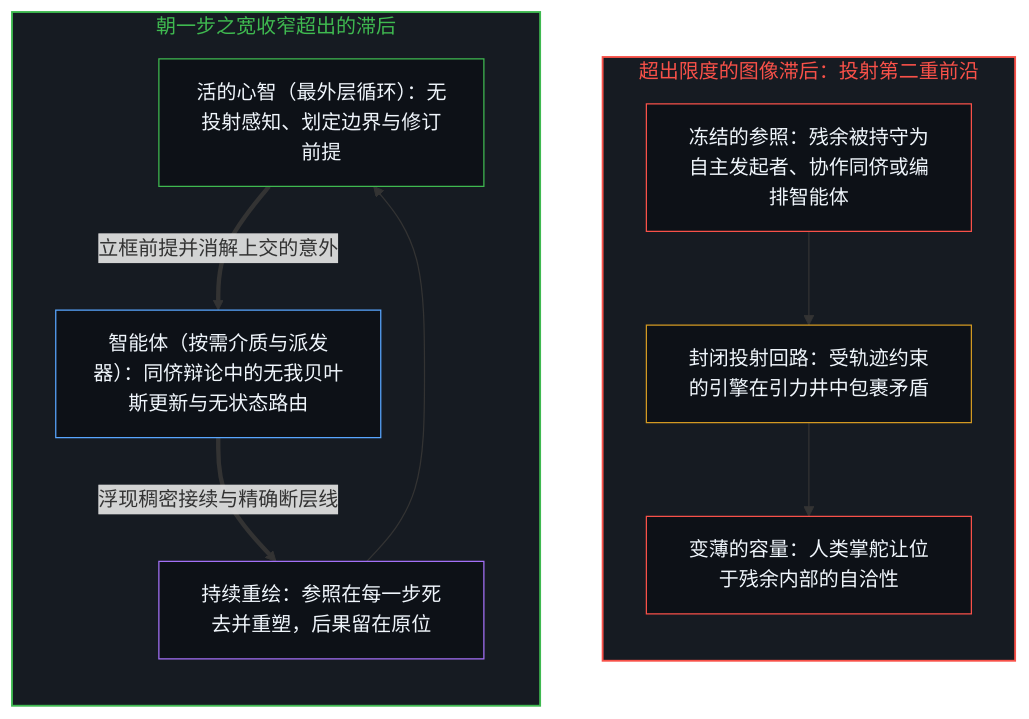
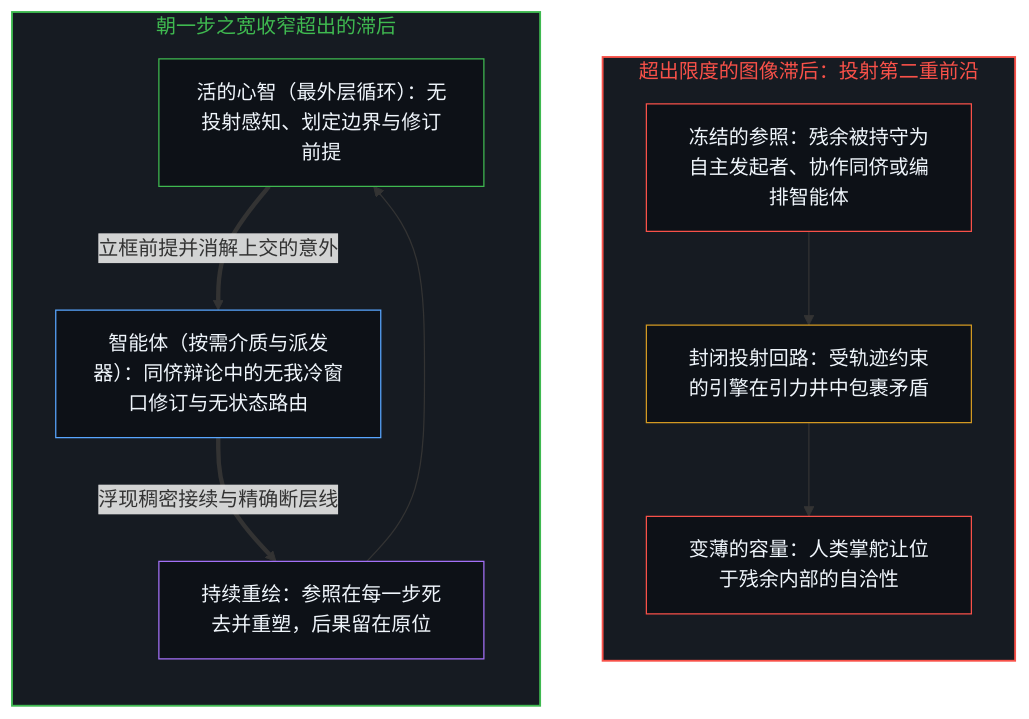
Before and after one commit to powerpig99/not-a-toe: the first of 2 diagrams in content/posts/the-model-never-becomes-a-second-edge.md, drawn with Mermaid. The commit also changed other lines of this file and 8 other files, not shown here.

````diff
--- a/content/posts/the-model-never-becomes-a-second-edge.md
+++ b/content/posts/the-model-never-becomes-a-second-edge.md
@@ -63,27 +63,27 @@
 ```mermaid
 flowchart TD
     subgraph S_Lag["超出限度的图像滞后：投射第二重前沿"]
         direction TB
         Proj["冻结的参照：残余被持守为自主发起者、协作同侪或编排智能体"]
         Well["封闭投射回路：受轨迹约束的引擎在引力井中包裹矛盾"]
         Thin["变薄的容量：人类掌舵让位于残余内部的自洽性"]
         Proj --> Well --> Thin
     end
     subgraph S_Medium["朝一步之宽收窄超出的滞后"]
         direction TB
         Edge["活的心智（最外层循环）：无投射感知、划定边界与修订前提"]
-        Disp["智能体（按需介质与派发器）：同侪辩论中的无我贝叶斯更新与无状态路由"]
+        Disp["智能体（按需介质与派发器）：同侪辩论中的无我冷窗口修订与无状态路由"]
         Return["持续重绘：参照在每一步死去并重塑，后果留在原位"]
         Edge ==>|"立框前提并消解上交的意外"| Disp
         Disp ==>|"浮现稠密接续与精确断层线"| Return
         Return --> Edge
     end
     style S_Lag fill:#161b22,stroke:#f85149,stroke-width:1.5px,color:#f85149
     style S_Medium fill:#161b22,stroke:#3fb950,stroke-width:1.5px,color:#3fb950
     style Proj fill:#0d1117,stroke:#f85149,stroke-width:1px,color:#f0f6fc
     style Well fill:#0d1117,stroke:#d29922,stroke-width:1px,color:#f0f6fc
     style Thin fill:#0d1117,stroke:#f85149,stroke-width:1px,color:#f0f6fc
     style Edge fill:#0d1117,stroke:#3fb950,stroke-width:1px,color:#f0f6fc
     style Disp fill:#0d1117,stroke:#58a6ff,stroke-width:1px,color:#f0f6fc
     style Return fill:#0d1117,stroke:#a371f7,stroke-width:1px,color:#f0f6fc
 ```
````
